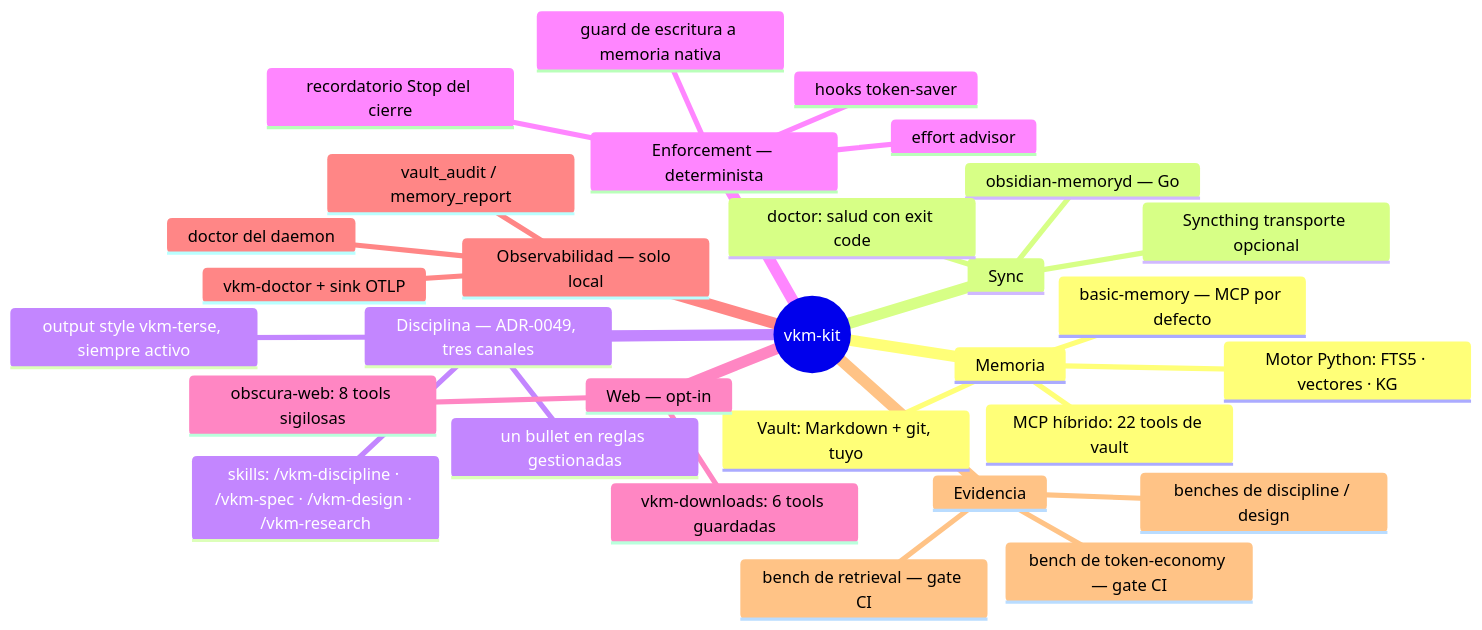
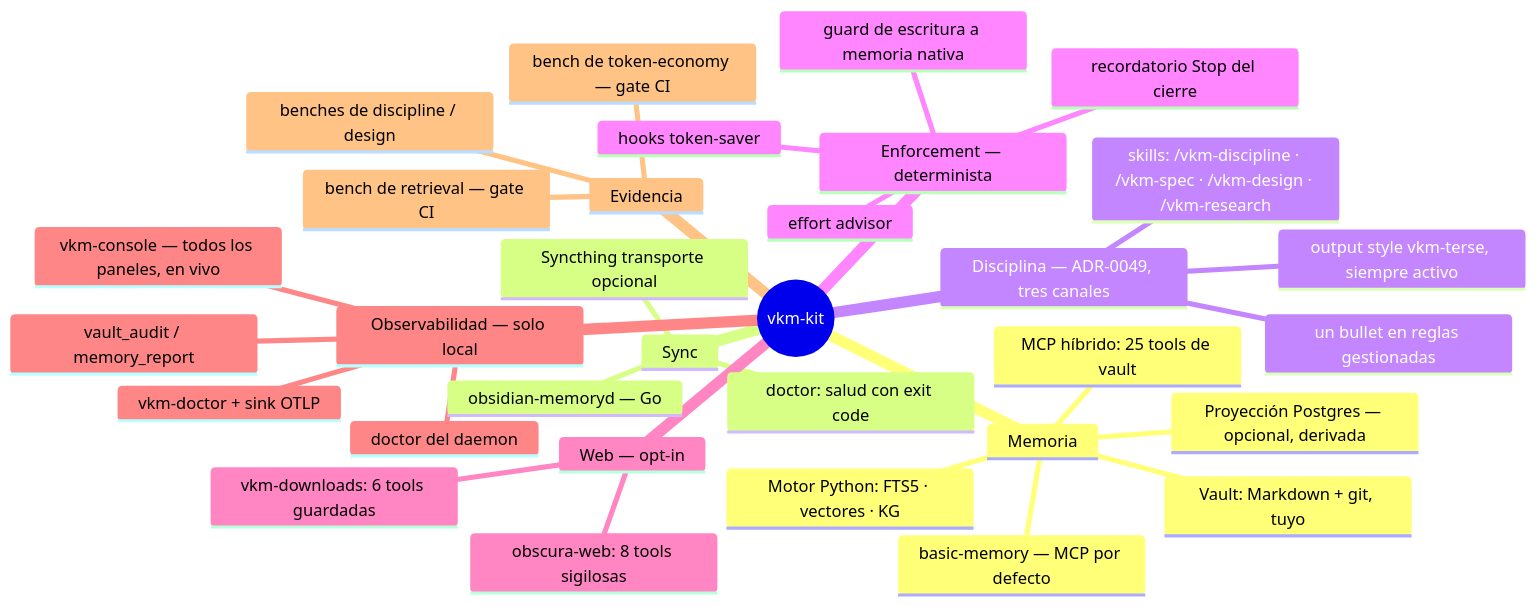
The seventh of 7 diagrams in docs/es/arquitectura-a-fondo.md (Vahlame/create-vkm-kit), drawn with Mermaid before and after one commit. The commit also changed other lines of this file and 118 other files, not shown here.

````diff
--- a/docs/es/arquitectura-a-fondo.md
+++ b/docs/es/arquitectura-a-fondo.md
@@ -171,33 +183,35 @@
 ```mermaid
 mindmap
   root((vkm-kit))
     Memoria
       Vault: Markdown + git, tuyo
       basic-memory — MCP por defecto
-      MCP híbrido: 22 tools de vault
+      MCP híbrido: 25 tools de vault
       Motor Python: FTS5 · vectores · KG
+      Proyección Postgres — opcional, derivada
     Sync
       obsidian-memoryd — Go
       doctor: salud con exit code
       Syncthing transporte opcional
     Disciplina — ADR-0049, tres canales
       output style vkm-terse, siempre activo
       un bullet en reglas gestionadas
       skills: /vkm-discipline · /vkm-spec · /vkm-design · /vkm-research
     Enforcement — determinista
       guard de escritura a memoria nativa
       recordatorio Stop del cierre
       effort advisor
       hooks token-saver
     Web — opt-in
       obscura-web: 8 tools sigilosas
       vkm-downloads: 6 tools guardadas
     Observabilidad — solo local
       vkm-doctor + sink OTLP
       doctor del daemon
       vault_audit / memory_report
+      vkm-console — todos los paneles, en vivo
     Evidencia
       bench de retrieval — gate CI
       bench de token-economy — gate CI
       benches de discipline / design
 ```
````
